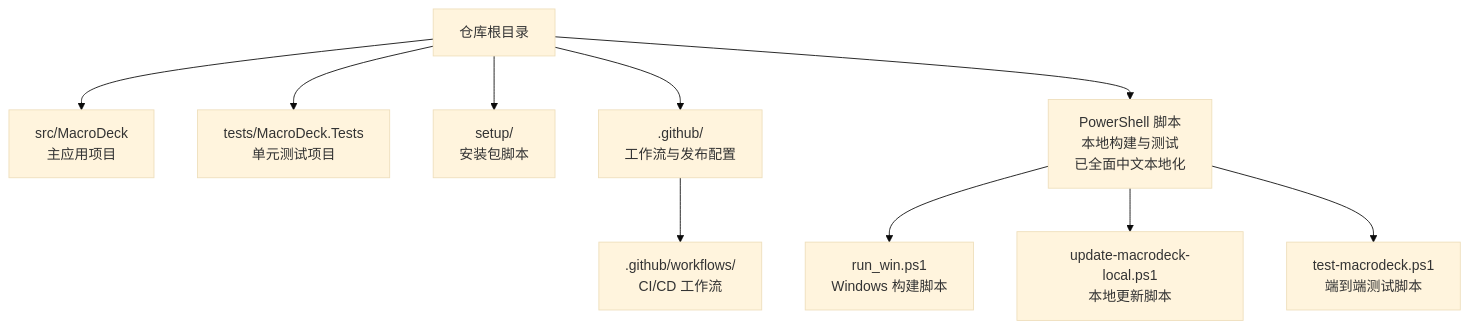
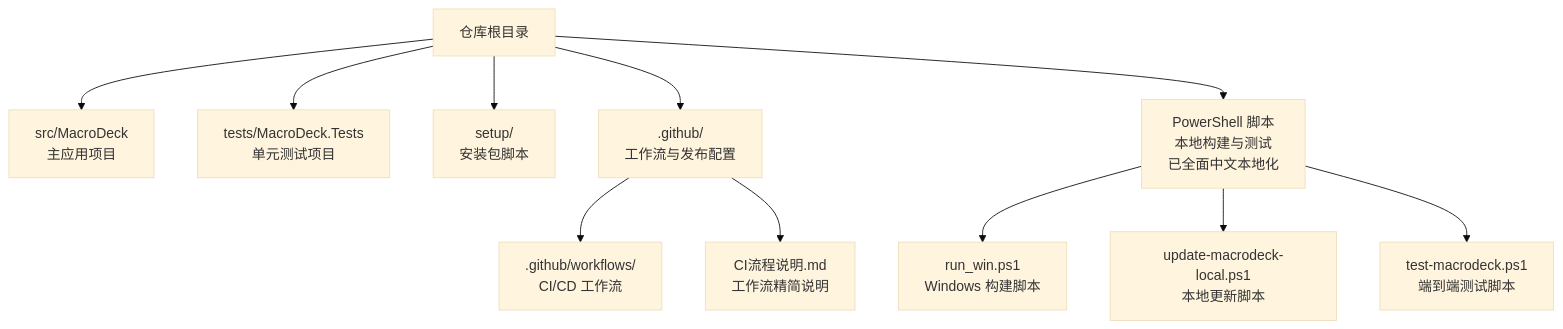
The first of 5 diagrams in .qoder/repowiki/zh/content/开发者指南/开发者指南.md (tea4go/Macro-Deck), drawn with Mermaid (base theme) before and after one commit. The commit also changed other lines of this file and 22 other files, not shown here.

````diff
--- a/.qoder/repowiki/zh/content/开发者指南/开发者指南.md
+++ b/.qoder/repowiki/zh/content/开发者指南/开发者指南.md
@@ -61,22 +64,24 @@
 ```mermaid
 graph TB
 Root["仓库根目录"]
 Src["src/MacroDeck<br/>主应用项目"]
 Tests["tests/MacroDeck.Tests<br/>单元测试项目"]
 Setup["setup/<br/>安装包脚本"]
 GH[".github/<br/>工作流与发布配置"]
 PS["PowerShell 脚本<br/>本地构建与测试<br/>已全面中文本地化"]
 RunWin["run_win.ps1<br/>Windows 构建脚本"]
 UpdateLocal["update-macrodeck-local.ps1<br/>本地更新脚本"]
 TestScript["test-macrodeck.ps1<br/>端到端测试脚本"]
 GHWF[".github/workflows/<br/>CI/CD 工作流"]
+CIInfo["CI流程说明.md<br/>工作流精简说明"]
 Root --> Src
 Root --> Tests
 Root --> Setup
 Root --> GH
 Root --> PS
 PS --> RunWin
 PS --> UpdateLocal
 PS --> TestScript
 GH --> GHWF
+GH --> CIInfo
 ```
````
